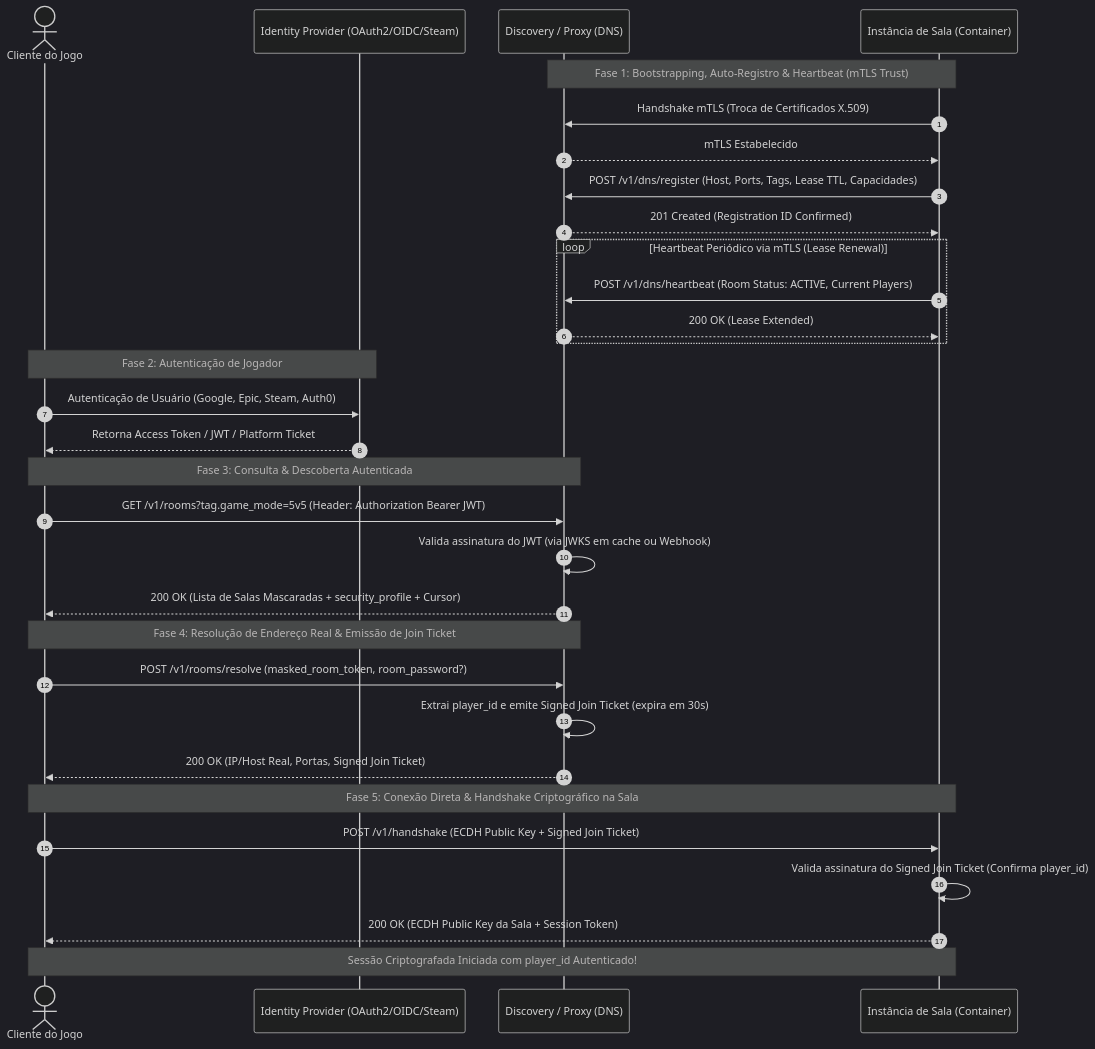
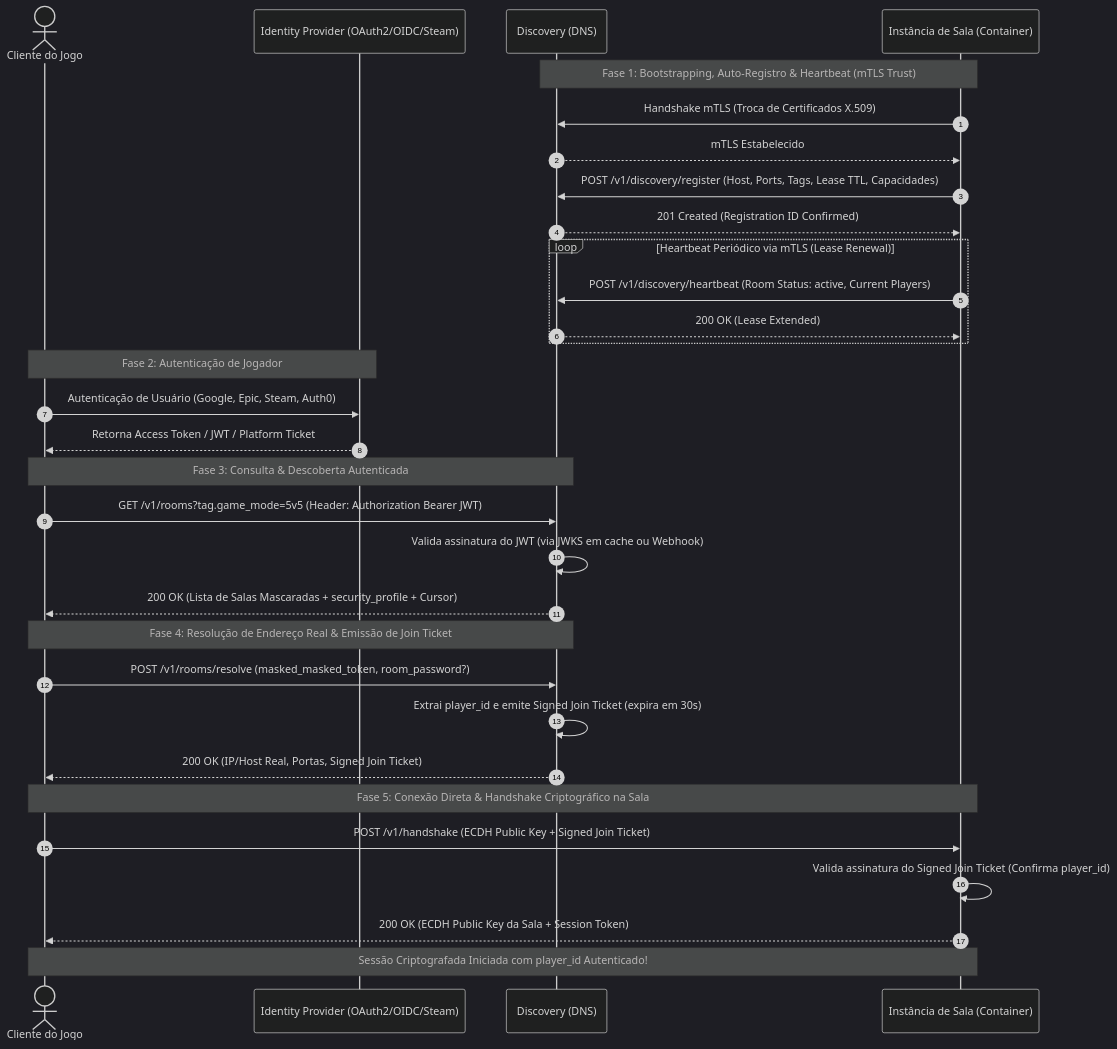
One commit to eleven-two-digital/open-game-server changed the second of 2 diagrams in prd/discovery.md. Above: the diagram before and after it, drawn with Mermaid (dark theme). The commit also changed other lines of this file and 25 other files, not shown here.

````diff
--- a/prd/discovery.md
+++ b/prd/discovery.md
@@ -59,38 +70,38 @@
 ```mermaid
 sequenceDiagram
     autonumber
     actor C as Cliente do Jogo
     participant IdP as Identity Provider (OAuth2/OIDC/Steam)
-    participant DNS as Discovery / Proxy (DNS)
+    participant DNS as Discovery (DNS)
     participant R as Instância de Sala (Container)
 
     Note over R,DNS: Fase 1: Bootstrapping, Auto-Registro & Heartbeat (mTLS Trust)
     R->>DNS: Handshake mTLS (Troca de Certificados X.509)
     DNS-->>R: mTLS Estabelecido
-    R->>DNS: POST /v1/dns/register (Host, Ports, Tags, Lease TTL, Capacidades)
+    R->>DNS: POST /v1/discovery/register (Host, Ports, Tags, Lease TTL, Capacidades)
     DNS-->>R: 201 Created (Registration ID Confirmed)
     loop Heartbeat Periódico via mTLS (Lease Renewal)
-        R->>DNS: POST /v1/dns/heartbeat (Room Status: ACTIVE, Current Players)
+        R->>DNS: POST /v1/discovery/heartbeat (Room Status: active, Current Players)
         DNS-->>R: 200 OK (Lease Extended)
     end
 
     Note over C,IdP: Fase 2: Autenticação de Jogador
     C->>IdP: Autenticação de Usuário (Google, Epic, Steam, Auth0)
     IdP-->>C: Retorna Access Token / JWT / Platform Ticket
 
     Note over C,DNS: Fase 3: Consulta & Descoberta Autenticada
     C->>DNS: GET /v1/rooms?tag.game_mode=5v5 (Header: Authorization Bearer JWT)
     DNS->>DNS: Valida assinatura do JWT (via JWKS em cache ou Webhook)
     DNS-->>C: 200 OK (Lista de Salas Mascaradas + security_profile + Cursor)
 
     Note over C,DNS: Fase 4: Resolução de Endereço Real & Emissão de Join Ticket
-    C->>DNS: POST /v1/rooms/resolve (masked_room_token, room_password?)
+    C->>DNS: POST /v1/rooms/resolve (masked_masked_token, room_password?)
     DNS->>DNS: Extrai player_id e emite Signed Join Ticket (expira em 30s)
     DNS-->>C: 200 OK (IP/Host Real, Portas, Signed Join Ticket)
 
     Note over C,R: Fase 5: Conexão Direta & Handshake Criptográfico na Sala
     C->>R: POST /v1/handshake (ECDH Public Key + Signed Join Ticket)
     R->>R: Valida assinatura do Signed Join Ticket (Confirma player_id)
     R-->>C: 200 OK (ECDH Public Key da Sala + Session Token)
     Note over C,R: Sessão Criptografada Iniciada com player_id Autenticado!
 ```
````
